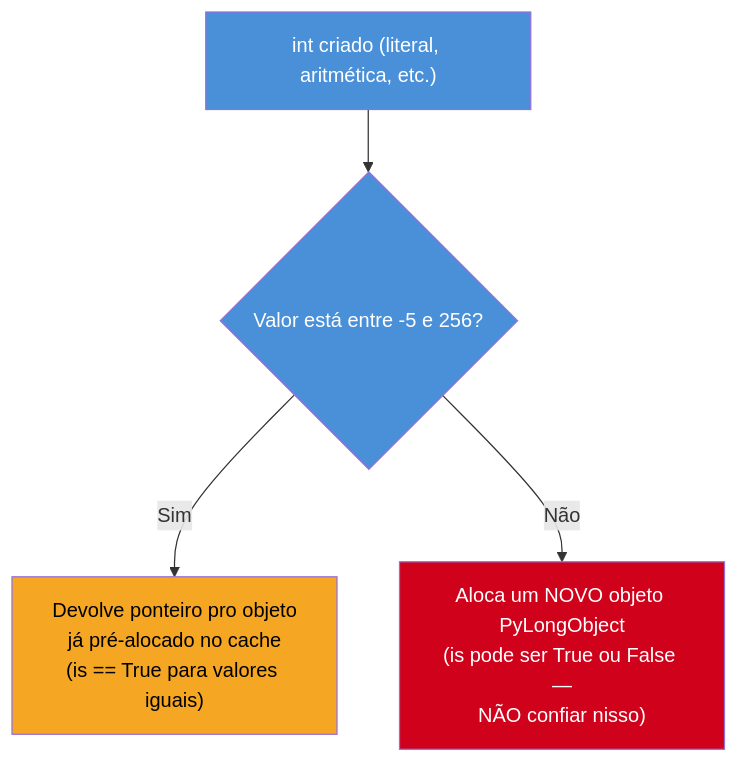
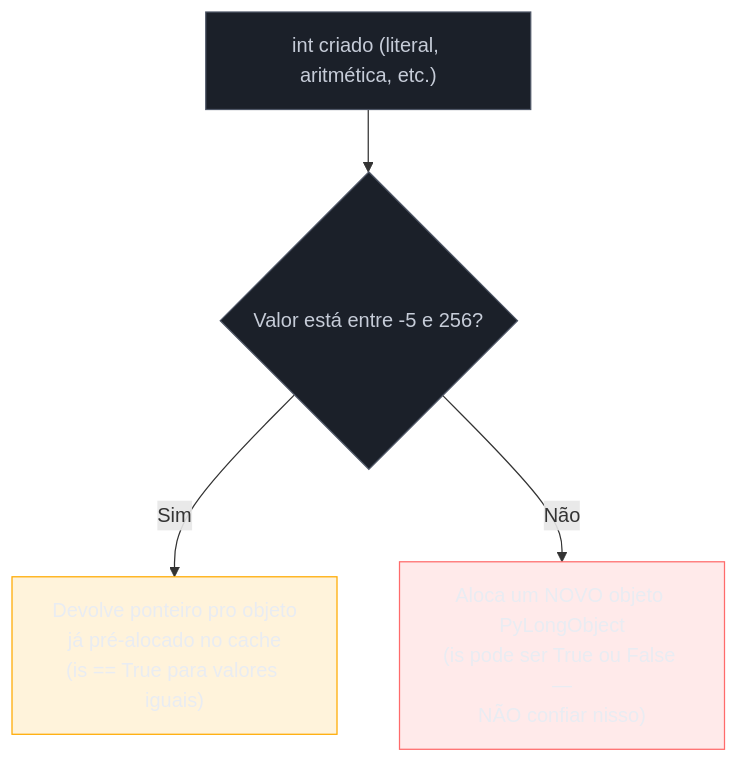
Before and after one commit to josenaldo/codex-technomanticus: the second of 2 diagrams in 03-Dominios/Tecnologia/Python/CPython internals/02 - Objetos em CPython — PyObject, refcounting e tipos internos.md, drawn with Mermaid. The commit also changed other lines of this file and 1181 other files, not shown here.

First line of the commit message:
fix(diagramas): paleta do sistema no lugar de cor cravada no markdown

````diff
--- a/03-Dominios/Tecnologia/Python/CPython internals/02 - Objetos em CPython — PyObject, refcounting e tipos internos.md
+++ b/03-Dominios/Tecnologia/Python/CPython internals/02 - Objetos em CPython — PyObject, refcounting e tipos internos.md
@@ -183,11 +185,14 @@
 ```mermaid
 flowchart TB
+    classDef neutro fill:#1B2029,stroke:#4E5666,color:#C6CCD8
+    classDef destaque fill:#FFAA0024,stroke:#FFAA00,color:#E9ECF2
+    classDef falha fill:#FF6B6B24,stroke:#FF6B6B,color:#E9ECF2
     A["int criado (literal, aritmética, etc.)"] --> B{"Valor está entre -5 e 256?"}
     B -- "Sim" --> C["Devolve ponteiro pro objeto\njá pré-alocado no cache\n(is == True para valores iguais)"]
     B -- "Não" --> D["Aloca um NOVO objeto PyLongObject\n(is pode ser True ou False —\nNÃO confiar nisso)"]
 
-    style A fill:#4A90D9,color:#fff
-    style B fill:#4A90D9,color:#fff
-    style C fill:#F5A623,color:#000
-    style D fill:#D0021B,color:#fff
+    class A neutro
+    class B neutro
+    class C destaque
+    class D falha
 ```
````
